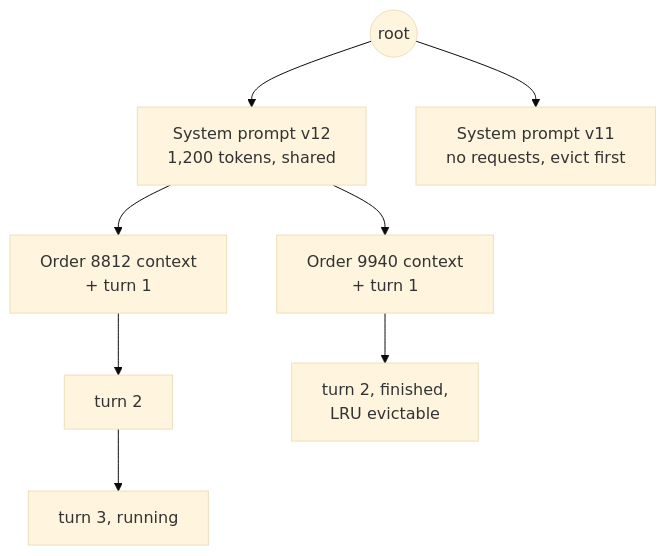
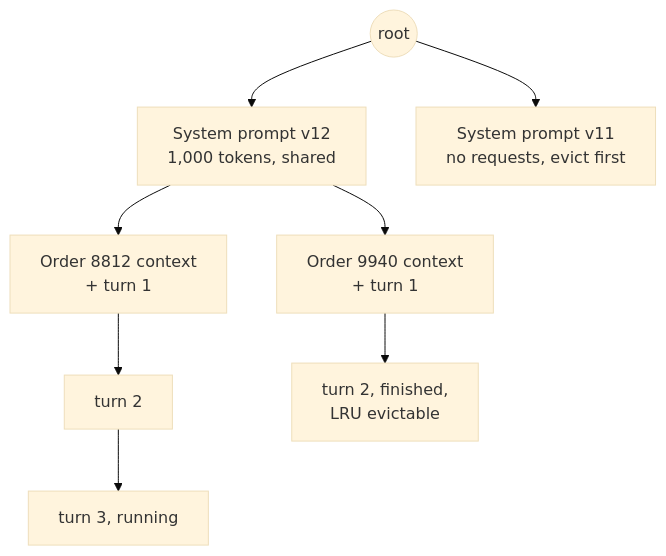
The ninth of 18 diagrams in manuscript/book2-ml-ai/73-llm-inference.md (Sampath1-1-1/System-Design), drawn with Mermaid (base theme) before and after one commit. The commit also changed other lines of this file and 3 other files, not shown here.

````diff
--- a/manuscript/book2-ml-ai/73-llm-inference.md
+++ b/manuscript/book2-ml-ai/73-llm-inference.md
@@ -734,10 +726,10 @@
 ```mermaid
 flowchart TB
-  ROOT(("root")) --> SYS["System prompt v12<br/>1,200 tokens, shared"]
+  ROOT(("root")) --> SYS["System prompt v12<br/>1,000 tokens, shared"]
   SYS --> O1["Order 8812 context<br/>+ turn 1"]
   SYS --> O2["Order 9940 context<br/>+ turn 1"]
   O1 --> T2["turn 2"]
   T2 --> T3["turn 3, running"]
   O2 --> X["turn 2, finished,<br/>LRU evictable"]
   ROOT --> OLD["System prompt v11<br/>no requests, evict first"]
 ```
````
